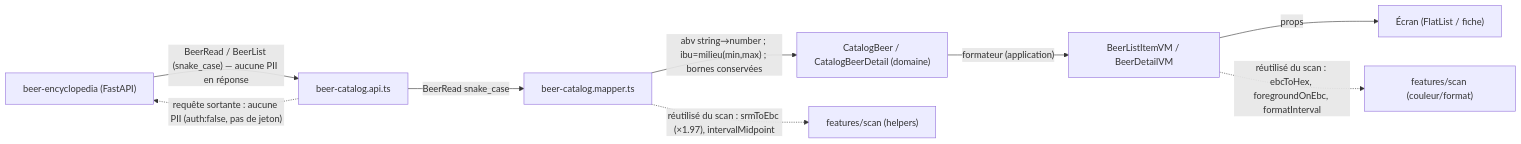
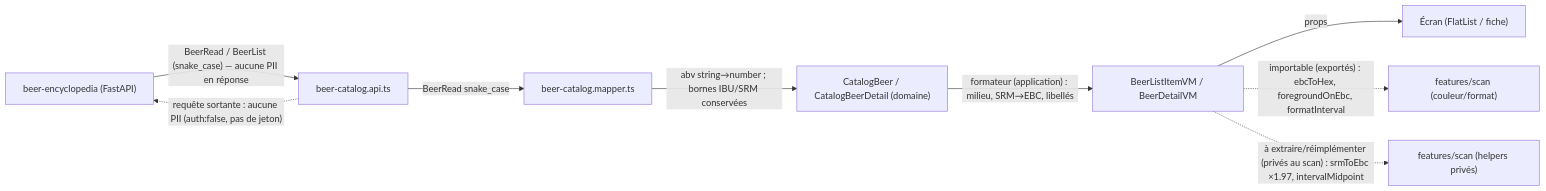
One commit to benoit-bremaud/brasse-bouillon changed the first of 3 diagrams in docs/architecture/diagrams/mobile-catalog/11-data-flow.md. Above: the diagram before and after it, drawn with Mermaid. The commit also changed other lines of this file and 6 other files, not shown here.

````diff
--- a/docs/architecture/diagrams/mobile-catalog/11-data-flow.md
+++ b/docs/architecture/diagrams/mobile-catalog/11-data-flow.md
@@ -18,13 +18,13 @@
 ```mermaid
 flowchart LR
   E["beer-encyclopedia (FastAPI)"] -->|"BeerRead / BeerList (snake_case) — aucune PII en réponse"| Api["beer-catalog.api.ts"]
   Api -->|"BeerRead snake_case"| Mapper["beer-catalog.mapper.ts"]
-  Mapper -->|"abv string→number ; ibu=milieu(min,max) ; bornes conservées"| Domain["CatalogBeer / CatalogBeerDetail (domaine)"]
-  Domain -->|"formateur (application)"| VM["BeerListItemVM / BeerDetailVM"]
+  Mapper -->|"abv string→number ; bornes IBU/SRM conservées"| Domain["CatalogBeer / CatalogBeerDetail (domaine)"]
+  Domain -->|"formateur (application) : milieu, SRM→EBC, libellés"| VM["BeerListItemVM / BeerDetailVM"]
   VM -->|"props"| Screen["Écran (FlatList / fiche)"]
 
-  Mapper -.->|"réutilisé du scan : srmToEbc (×1.97), intervalMidpoint"| ScanUtil["features/scan (helpers)"]
-  VM -.->|"réutilisé du scan : ebcToHex, foregroundOnEbc, formatInterval"| ScanColor["features/scan (couleur/format)"]
+  VM -.->|"importable (exportés) : ebcToHex, foregroundOnEbc, formatInterval"| ScanColor["features/scan (couleur/format)"]
+  VM -.->|"à extraire/réimplémenter (privés au scan) : srmToEbc ×1.97, intervalMidpoint"| ScanUtil["features/scan (helpers privés)"]
 
   Api -.->|"requête sortante : aucune PII (auth:false, pas de jeton)"| E
 ```
````
